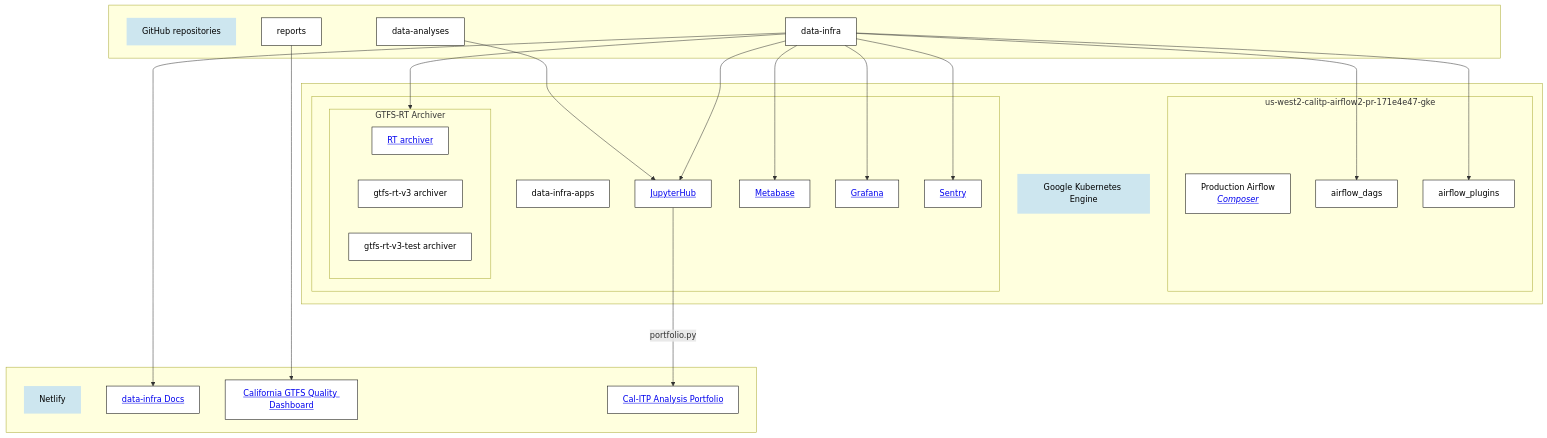
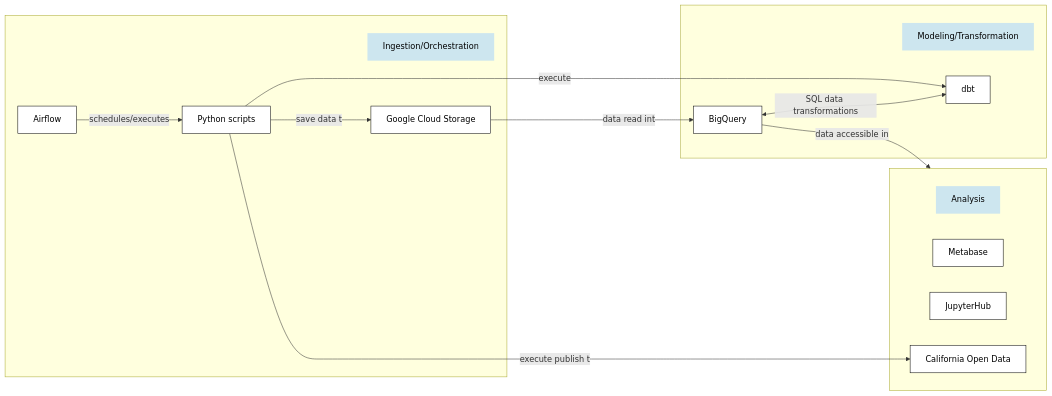
The diagram in docs/architecture/architecture_overview.md (cal-itp/data-infra), drawn with Mermaid before and after one commit. The commit also changed other lines of this file and 6 other files, not shown here.

First line of the commit message:
Document data flows/architecture (#2847)

````diff
--- a/docs/architecture/architecture_overview.md
+++ b/docs/architecture/architecture_overview.md
@@ -17,54 +14,35 @@
 ```{mermaid}
-flowchart TD
-%% note that you seemingly cannot have a subgraph that only contains other subgraphs
-%% so I am using "label" nodes to make sure each subgraph has at least one direct child
-    subgraph repos[ ]
-        repos_label[GitHub repositories]
-        data_infra_repo[data-infra]
-        data_analyses_repo[data-analyses]
-        reports_repo[reports]
-    end
-    subgraph kubernetes[ ]
-        kubernetes_label[Google Kubernetes Engine]
-        subgraph airflow[us-west2-calitp-airflow2-pr-171e4e47-gke]
-            airflow_label[Production Airflow <br><i><a href='https://console.cloud.google.com/composer/environments?project=cal-itp-data-infra&supportedpurview=project'>Composer</a></i>]
-            airflow_dags
-            airflow_plugins
-        end
-        subgraph data_infra_apps_cluster[ ]
-            data_infra_apps_label[data-infra-apps]
-            subgraph rt_archiver[GTFS-RT Archiver]
-                rt_archiver_label[<a href='https://github.com/cal-itp/data-infra/tree/main/services/gtfs-rt-archiver-v3'>RT archiver</a>]
-                prod_rt_archiver[gtfs-rt-v3 archiver]
-                test_rt_archiver[gtfs-rt-v3-test archiver]
-            end
-            jupyterhub[<a href='https://notebooks.calitp.org'>JupyterHub</a>]
-            metabase[<a href='https://dashboards.calitp.org'>Metabase</a>]
-            grafana[<a href='https://monitoring.calitp.org'>Grafana</a>]
-            sentry[<a href='https://sentry.calitp.org'>Sentry</a>]
-        end
+flowchart LR
+    subgraph ingestion/[ ]
+        ingestion_label[Ingestion/Orchestration]
+        airflow[Airflow]
+        python[Python scripts]
+        gcs[Google Cloud Storage]
+        airflow --schedules/executes--> python
+        python --save data to-->gcs
     end
 
-    subgraph netlify[ ]
-        netlify_label[Netlify]
-        data_infra_docs[<a href='https://docs.calitp.org/data-infra'>data-infra Docs</a>]
-        reports_website[<a href='https://reports.calitp.org'>California GTFS Quality Dashboard</a>]
-        analysis_portfolio[<a href='https://analysis.calitp.org'>Cal-ITP Analysis Portfolio</a>]
+    subgraph modeling[ ]
+        modeling_label[Modeling/Transformation]
+        bq[BigQuery]
+        dbt[dbt]
+        gcs--data read into-->bq
+        bq <--SQL data transformations--> dbt
+        python -- execute--> dbt
     end
 
-data_infra_repo --> airflow_dags
-data_infra_repo --> airflow_plugins
-data_infra_repo --> rt_archiver
-data_infra_repo --> jupyterhub
-data_infra_repo --> metabase
-data_infra_repo --> grafana
-data_infra_repo --> sentry
+    subgraph analysis[ ]
+        analysis_label[Analysis]
+        metabase[Metabase]
+        jupyter[JupyterHub]
+        open_data[California Open Data]
+        python -- execute publish to--> open_data
+    end
 
-data_infra_repo --> data_infra_docs
-data_analyses_repo --> jupyterhub --->|portfolio.py| analysis_portfolio
-reports_repo --> reports_website
+        bq -- data accessible in--> analysis
+
 
 classDef default fill:white, color:black, stroke:black, stroke-width:1px
 classDef group_labelstyle fill:#cde6ef, color:black, stroke-width:0px
-class repos_label,kubernetes_label,netlify_label group_labelstyle
+class ingestion_label,modeling_label,analysis_label group_labelstyle
 ```
````
